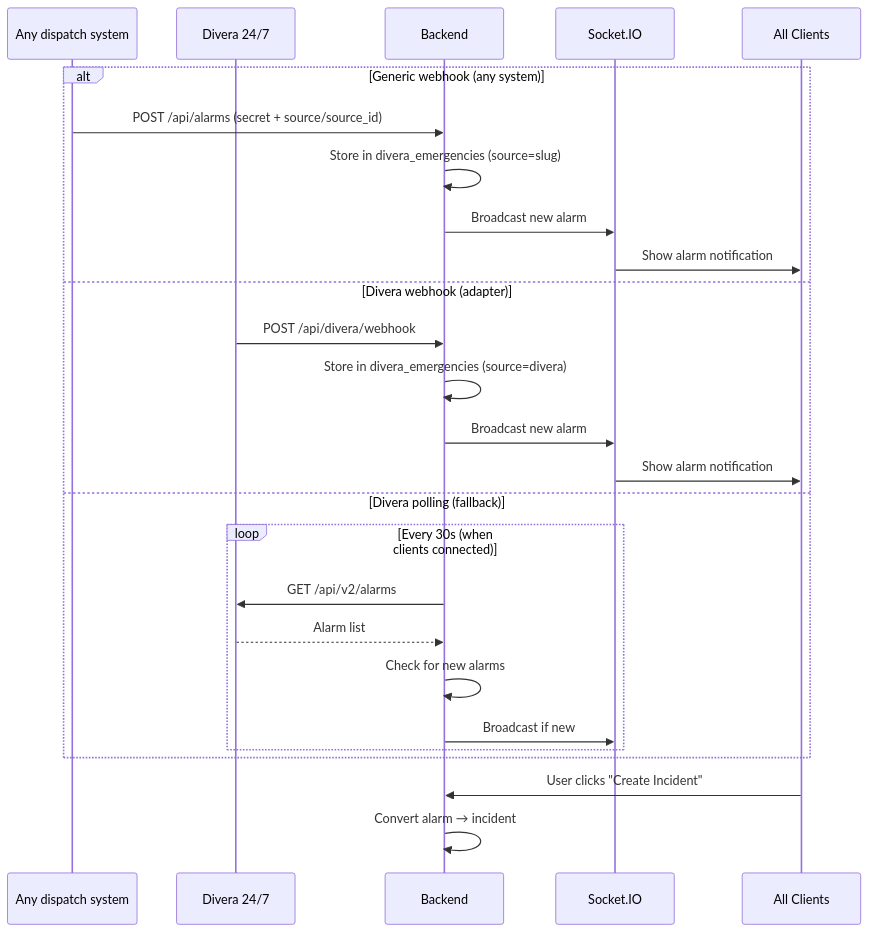
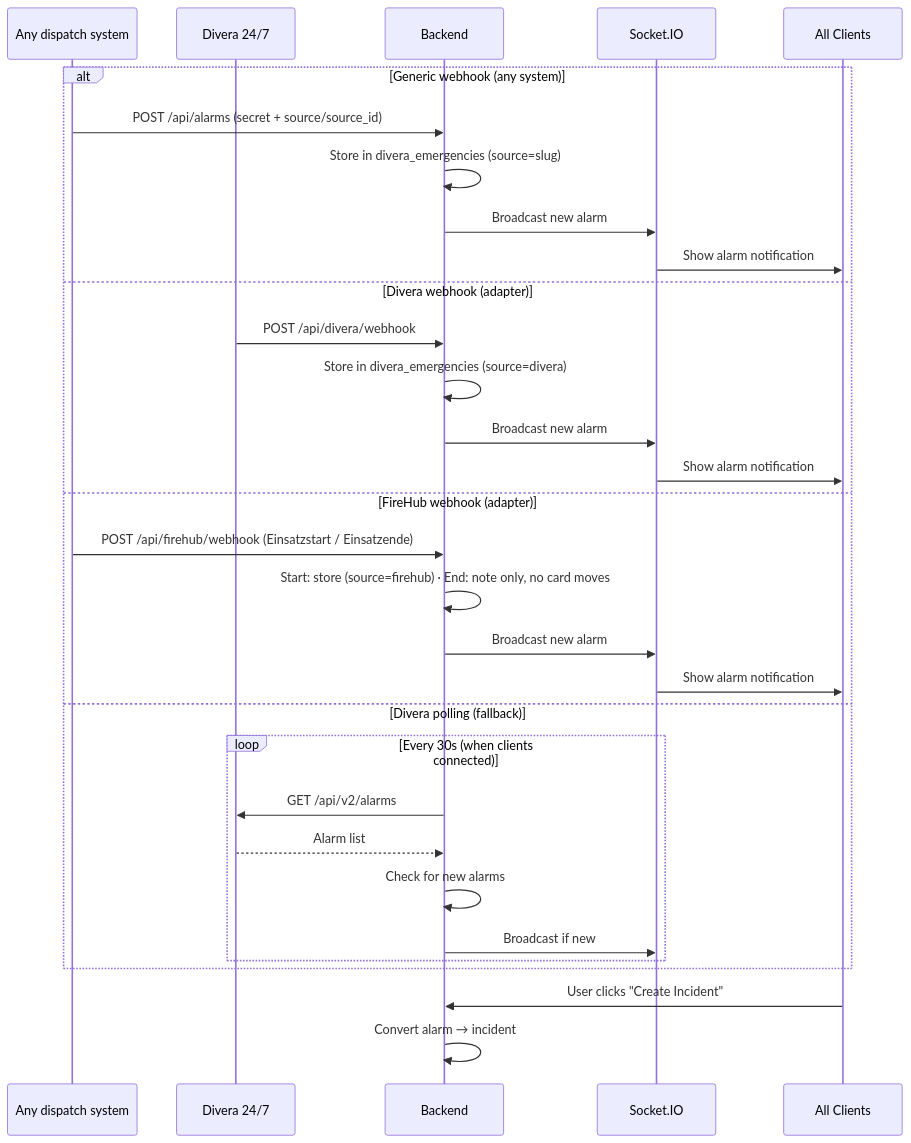
Before and after one commit to feuerwehr-oberwil/kp-rueck: the eighth of 10 diagrams in docs/ARCHITECTURE.md, drawn with Mermaid. The commit also changed other lines of this file and 4 other files, not shown here.

First line of the commit message:
docs(architecture): sync, rooms and column headers as built (DOCS-15)

````diff
--- a/docs/ARCHITECTURE.md
+++ b/docs/ARCHITECTURE.md
@@ -408,30 +416,35 @@
 ```mermaid
 sequenceDiagram
     participant X as Any dispatch system
     participant D as Divera 24/7
     participant B as Backend
     participant WS as Socket.IO
     participant C as All Clients
 
     alt Generic webhook (any system)
         X->>B: POST /api/alarms (secret + source/source_id)
         B->>B: Store in divera_emergencies (source=slug)
         B->>WS: Broadcast new alarm
         WS->>C: Show alarm notification
     else Divera webhook (adapter)
         D->>B: POST /api/divera/webhook
         B->>B: Store in divera_emergencies (source=divera)
         B->>WS: Broadcast new alarm
         WS->>C: Show alarm notification
+    else FireHub webhook (adapter)
+        X->>B: POST /api/firehub/webhook (Einsatzstart / Einsatzende)
+        B->>B: Start: store (source=firehub) · End: note only, no card moves
+        B->>WS: Broadcast new alarm
+        WS->>C: Show alarm notification
     else Divera polling (fallback)
         loop Every 30s (when clients connected)
             B->>D: GET /api/v2/alarms
             D-->>B: Alarm list
             B->>B: Check for new alarms
             B->>WS: Broadcast if new
         end
     end
 
     C->>B: User clicks "Create Incident"
     B->>B: Convert alarm → incident
 ```
````
